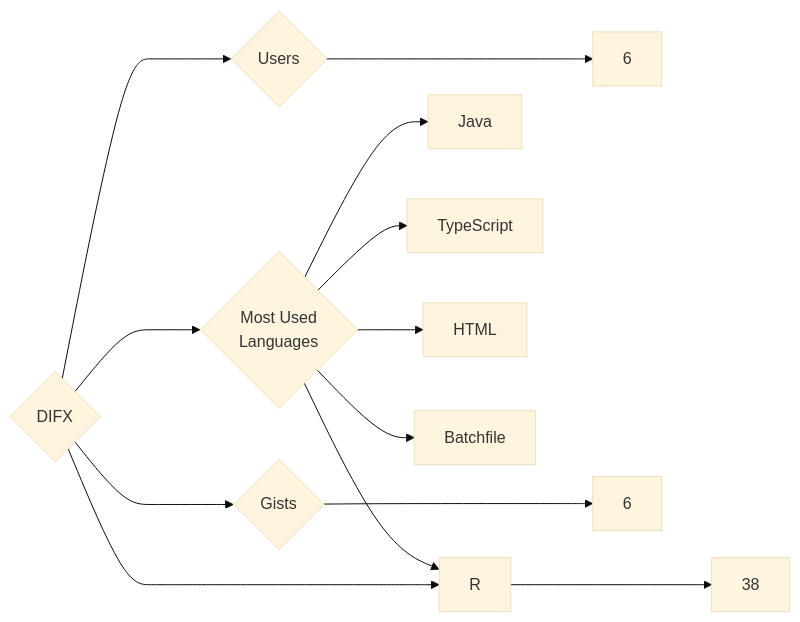
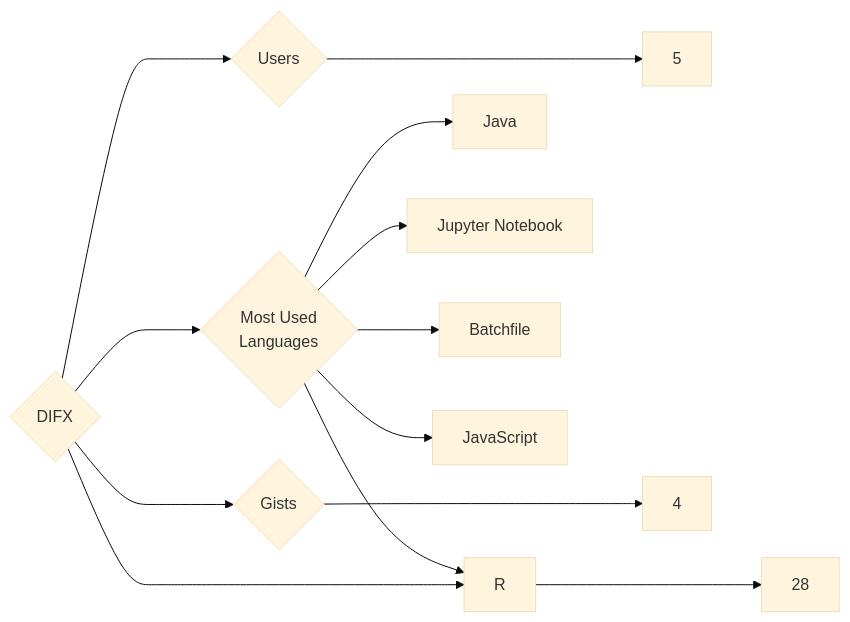
The diagram in targets/DIFX/README.md (trickest/insiders), drawn with Mermaid (base theme) before and after one commit. The commit also changed 1175 other files, not shown here.

````diff
--- a/targets/DIFX/README.md
+++ b/targets/DIFX/README.md
@@ -3,13 +3,13 @@
 ```mermaid
 graph LR
 COMPANY_NAME{DIFX}
-COMPANY_NAME ---> U{Users} ---> UN[6]
-COMPANY_NAME ---> R{Repositories} ---> RN[38]
-COMPANY_NAME ---> G{Gists} ---> GN[6]
+COMPANY_NAME ---> U{Users} ---> UN[5]
+COMPANY_NAME ---> R{Repositories} ---> RN[28]
+COMPANY_NAME ---> G{Gists} ---> GN[4]
 COMPANY_NAME ---> ML{Most Used<br>Languages}
 ML --> Java[Java]
-ML --> TypeScript[TypeScript]
-ML --> HTML[HTML]
+ML --> Jupyter_Notebook[Jupyter Notebook]
 ML --> R[R]
 ML --> Batchfile[Batchfile]
+ML --> JavaScript[JavaScript]
 ```
````
